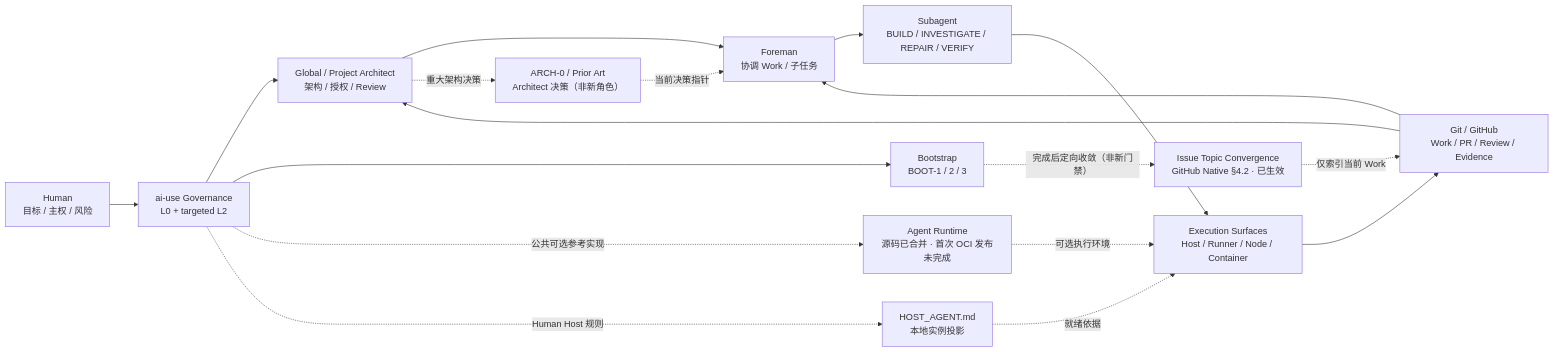
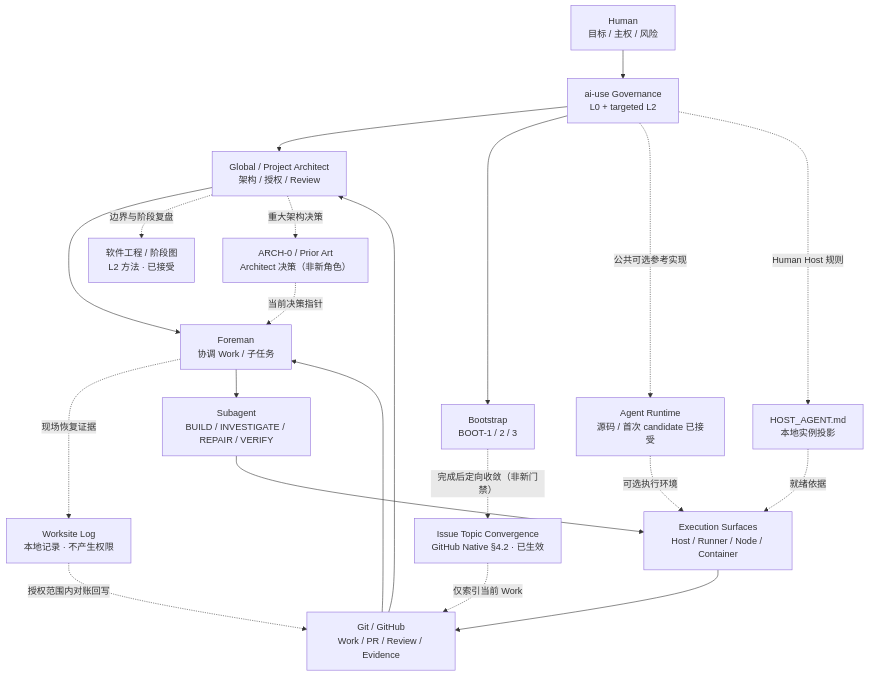
Before and after one commit to youling/ai-use: the diagram in README.md, drawn with Mermaid. The commit also changed other lines of this file and 6 other files, not shown here.

````diff
--- a/README.md
+++ b/README.md
@@ -38,20 +38,23 @@
 ```mermaid
-flowchart LR
+flowchart TD
   H["Human\n目标 / 主权 / 风险"] --> G["ai-use Governance\nL0 + targeted L2"]
   G --> A["Global / Project Architect\n架构 / 授权 / Review"]
   G --> B["Bootstrap\nBOOT-1 / 2 / 3"]
   B -. "完成后定向收敛（非新门禁）" .-> I["Issue Topic Convergence\nGitHub Native §4.2 · 已生效"]
   A --> F["Foreman\n协调 Work / 子任务"]
+  A -. "边界与阶段复盘" .-> E["软件工程 / 阶段图\nL2 方法 · 已接受"]
+  F -. "现场恢复证据" .-> W["Worksite Log\n本地记录 · 不产生权限"]
+  W -. "授权范围内对账回写" .-> D
   A -. "重大架构决策" .-> R["ARCH-0 / Prior Art\nArchitect 决策（非新角色）"]
   R -. "当前决策指针" .-> F
   F --> S["Subagent\nBUILD / INVESTIGATE / REPAIR / VERIFY"]
   S --> X["Execution Surfaces\nHost / Runner / Node / Container"]
   X --> D["Git / GitHub\nWork / PR / Review / Evidence"]
   I -. "仅索引当前 Work" .-> D
   D --> F
   D --> A
-  G -. "公共可选参考实现" .-> AR["Agent Runtime\n源码已合并 · 首次 OCI 发布未完成"]
+  G -. "公共可选参考实现" .-> AR["Agent Runtime\n源码 / 首次 candidate 已接受"]
   AR -. "可选执行环境" .-> X
   G -. "Human Host 规则" .-> HH["HOST_AGENT.md\n本地实例投影"]
   HH -. "就绪依据" .-> X
 ```
````
